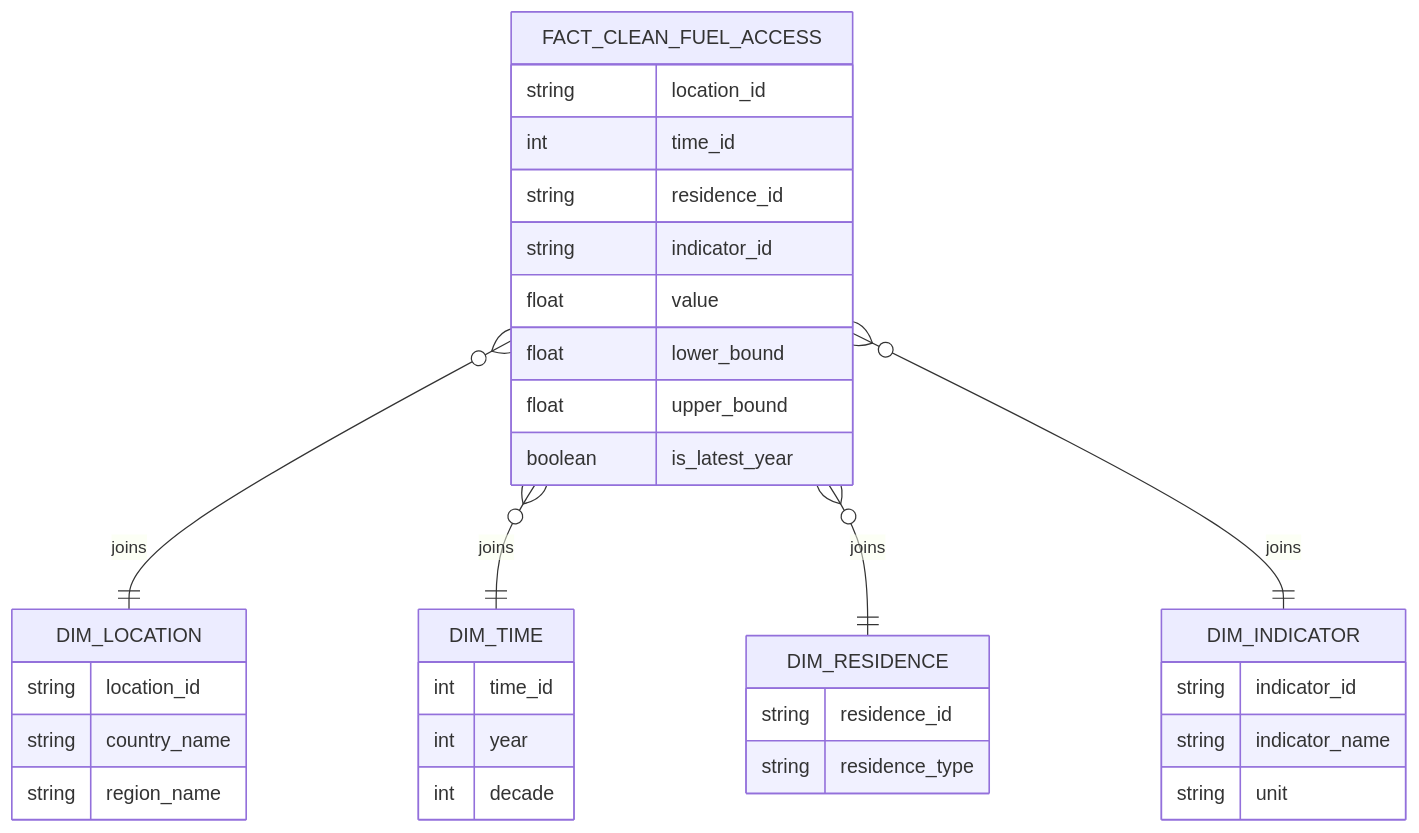
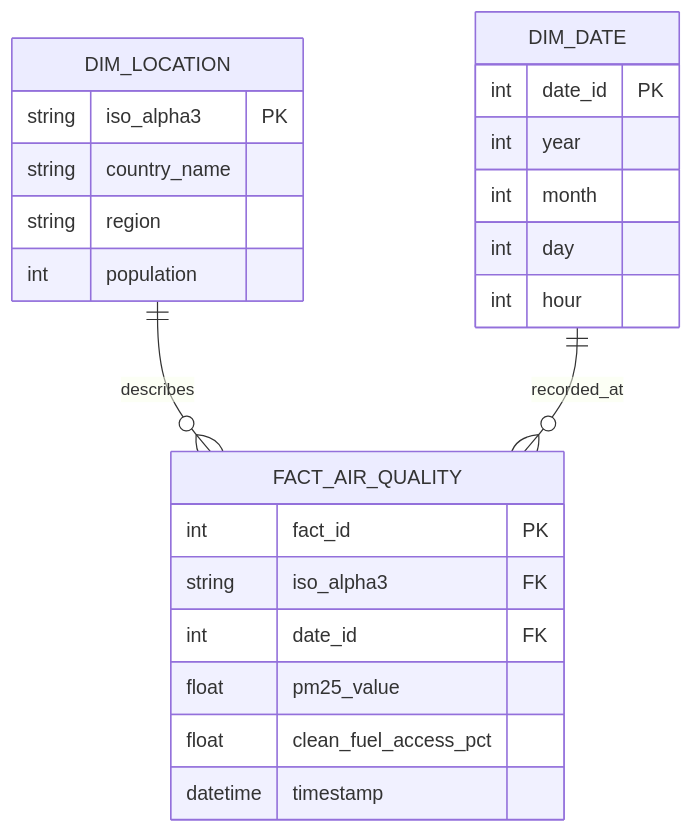
The second of 3 diagrams in README.md (juandavidmeza-prog/etl-project-first-delivery), drawn with Mermaid before and after one commit. The commit also changed other lines of this file, not shown here.

````diff
--- a/README.md
+++ b/README.md
@@ -30,41 +66,26 @@
 ```mermaid
 erDiagram
-    FACT_CLEAN_FUEL_ACCESS {
-        string location_id
-        int time_id
-        string residence_id
-        string indicator_id
-        float value
-        float lower_bound
-        float upper_bound
-        boolean is_latest_year
+    FACT_AIR_QUALITY {
+        int fact_id PK
+        string iso_alpha3 FK
+        int date_id FK
+        float pm25_value
+        float clean_fuel_access_pct
+        datetime timestamp
     }
-
     DIM_LOCATION {
-        string location_id
+        string iso_alpha3 PK
         string country_name
-        string region_name
+        string region
+        int population
     }
-
-    DIM_TIME {
-        int time_id
+    DIM_DATE {
+        int date_id PK
         int year
-        int decade
+        int month
+        int day
+        int hour
     }
-
-    DIM_RESIDENCE {
-        string residence_id
-        string residence_type
-    }
-
-    DIM_INDICATOR {
-        string indicator_id
-        string indicator_name
-        string unit
-    }
-
-    FACT_CLEAN_FUEL_ACCESS }o--|| DIM_LOCATION : joins
-    FACT_CLEAN_FUEL_ACCESS }o--|| DIM_TIME : joins
-    FACT_CLEAN_FUEL_ACCESS }o--|| DIM_RESIDENCE : joins
-    FACT_CLEAN_FUEL_ACCESS }o--|| DIM_INDICATOR : joins
+    DIM_LOCATION ||--o{ FACT_AIR_QUALITY : "describes"
+    DIM_DATE ||--o{ FACT_AIR_QUALITY : "recorded_at"
 ```
````
